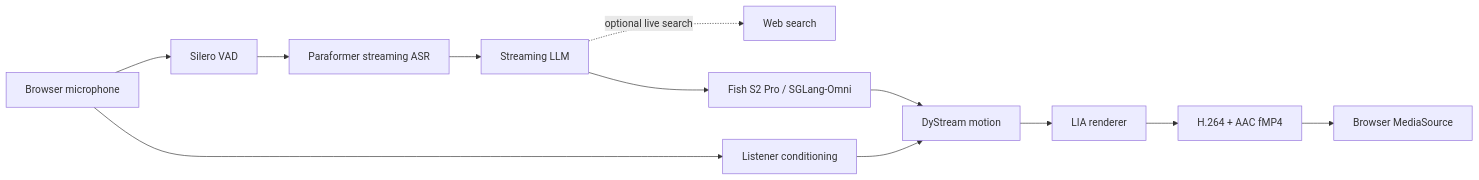
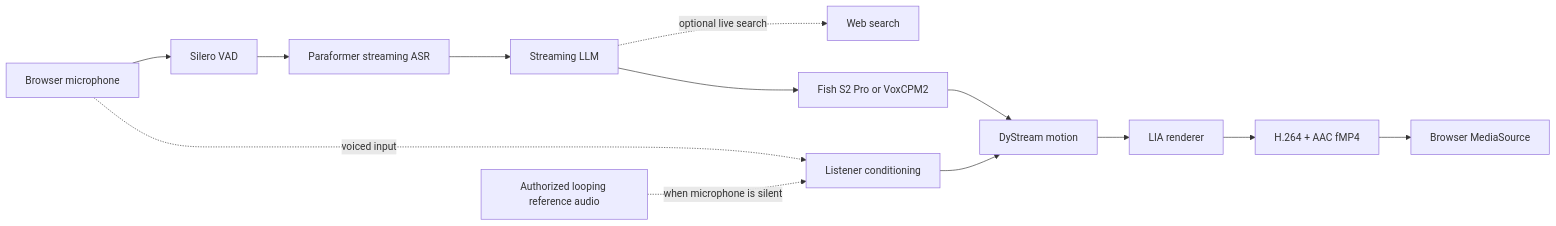
Before and after one commit to XinchengSun/OpenVA-Dialogue: the diagram in README.md, drawn with Mermaid. The commit also changed other lines of this file and 13 other files, not shown here.

````diff
--- a/README.md
+++ b/README.md
@@ -100,14 +117,15 @@
 ```mermaid
 flowchart LR
     MIC["Browser microphone"] --> VAD["Silero VAD"]
     VAD --> ASR["Paraformer streaming ASR"]
     ASR --> LLM["Streaming LLM"]
     LLM -. optional live search .-> SEARCH["Web search"]
-    LLM --> TTS["Fish S2 Pro / SGLang-Omni"]
+    LLM --> TTS["Fish S2 Pro or VoxCPM2"]
     TTS --> MOTION["DyStream motion"]
-    MIC --> LISTENER["Listener conditioning"]
+    MIC -. voiced input .-> LISTENER["Listener conditioning"]
+    REF["Authorized looping reference audio"] -. when microphone is silent .-> LISTENER
     LISTENER --> MOTION
     MOTION --> RENDER["LIA renderer"]
     RENDER --> MEDIA["H.264 + AAC fMP4"]
     MEDIA --> BROWSER["Browser MediaSource"]
 ```
````
